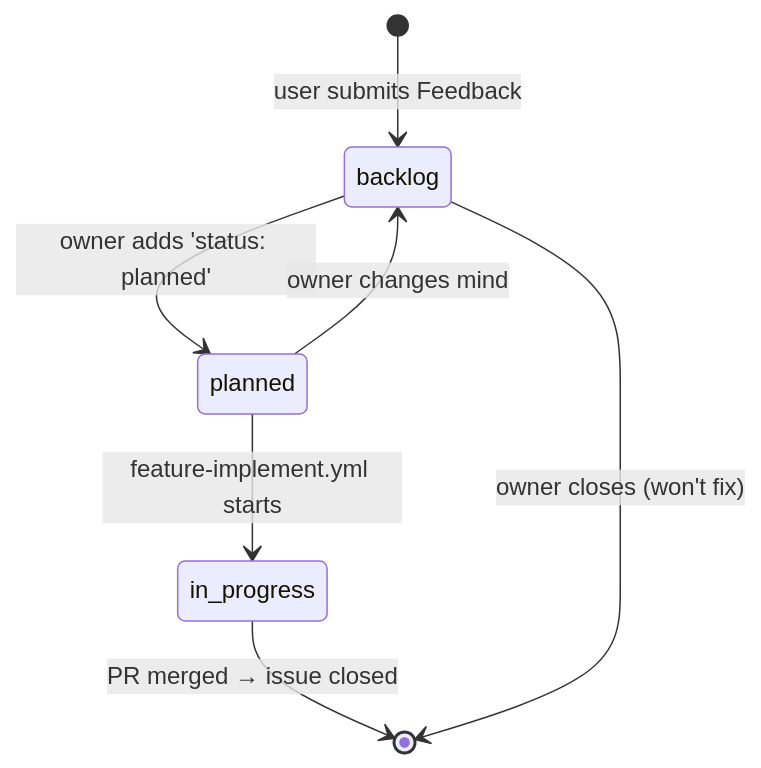
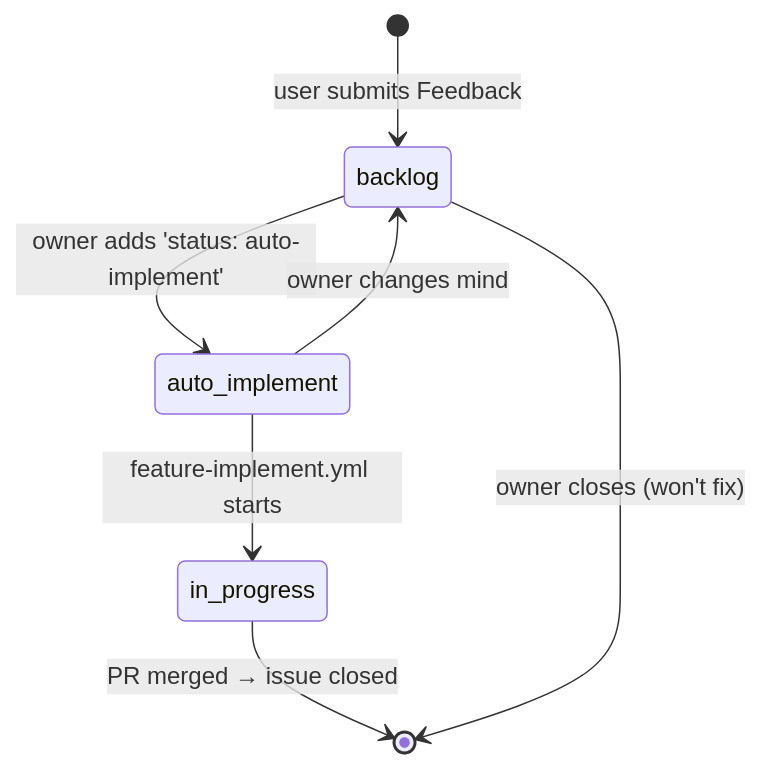
Before and after one commit to zhaoanliu/job-tracker: the sixth of 7 diagrams in README.md, drawn with Mermaid. The commit also changed other lines of this file and 2 other files, not shown here.

````diff
--- a/README.md
+++ b/README.md
@@ -314,9 +315,9 @@
 ```mermaid
 stateDiagram-v2
     [*] --> backlog : user submits Feedback
-    backlog --> planned : owner adds 'status: planned'
-    planned --> in_progress : feature-implement.yml starts
+    backlog --> auto_implement : owner adds 'status: auto-implement'
+    auto_implement --> in_progress : feature-implement.yml starts
     in_progress --> [*] : PR merged → issue closed
     backlog --> [*] : owner closes (won't fix)
-    planned --> backlog : owner changes mind
+    auto_implement --> backlog : owner changes mind
 ```
````
